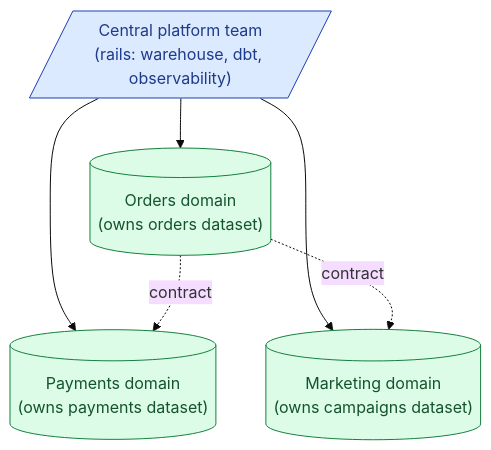
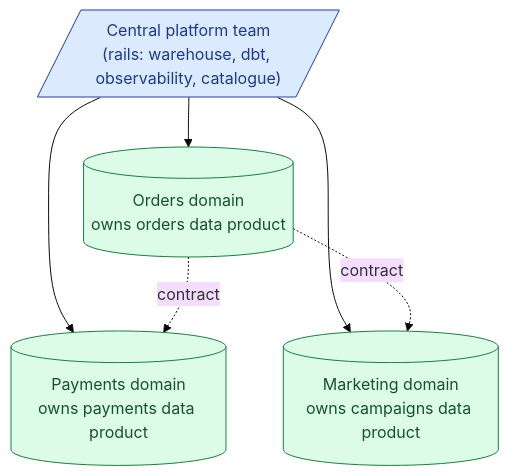
The first of 3 diagrams in _de_concepts/068-data-mesh.md (shiningflash/shiningflash.github.io), drawn with Mermaid (base theme) before and after one commit. The commit also changed other lines of this file and 69 other files, not shown here.

````diff
--- a/_de_concepts/068-data-mesh.md
+++ b/_de_concepts/068-data-mesh.md
@@ -12,12 +12,12 @@
 ```mermaid
 flowchart TB
-    P[/"Central platform team<br/>(rails: warehouse, dbt, observability)"/]:::p
-    P --> D1[("Orders domain<br/>(owns orders dataset)")]:::d
-    P --> D2[("Payments domain<br/>(owns payments dataset)")]:::d
-    P --> D3[("Marketing domain<br/>(owns campaigns dataset)")]:::d
+    P[/"Central platform team<br/>(rails: warehouse, dbt, observability, catalogue)"/]:::p
+    P --> D1[("Orders domain<br/>owns orders data product")]:::d
+    P --> D2[("Payments domain<br/>owns payments data product")]:::d
+    P --> D3[("Marketing domain<br/>owns campaigns data product")]:::d
     D1 -.->|"contract"| D2
     D1 -.->|"contract"| D3
 
     classDef p fill:#dbeafe,stroke:#1e40af,color:#1e3a8a
     classDef d fill:#dcfce7,stroke:#15803d,color:#14532d
 ```
````
